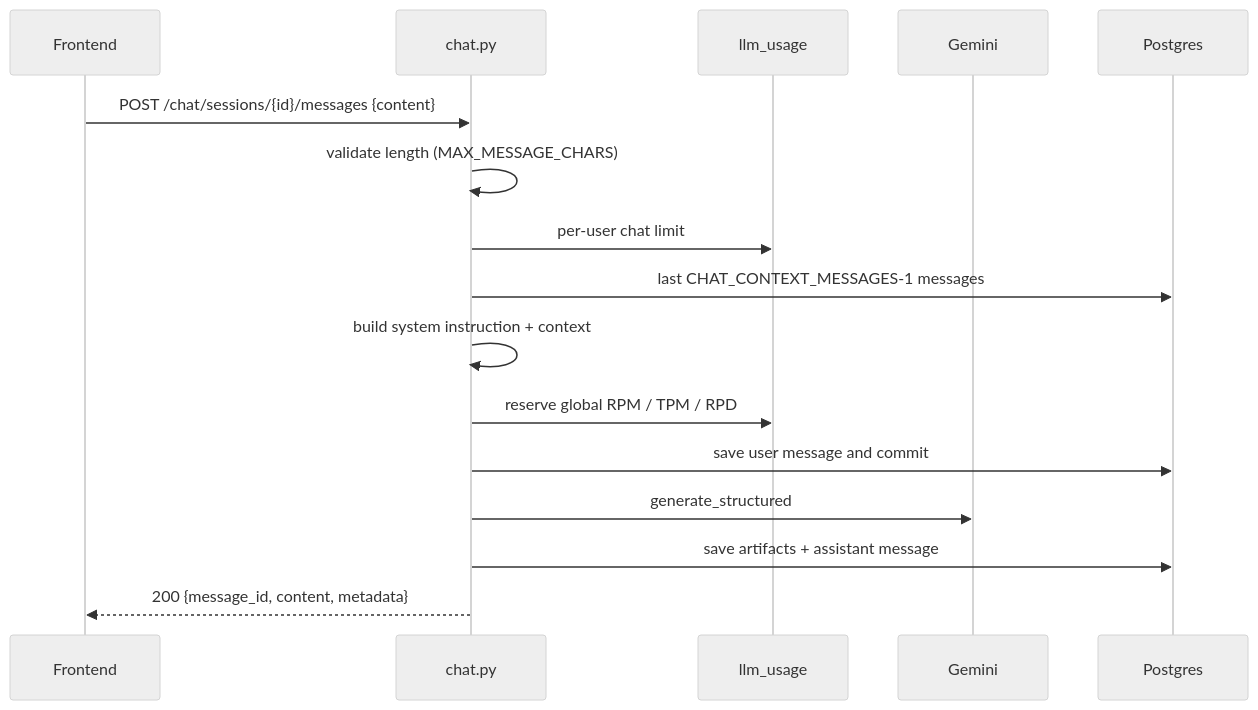
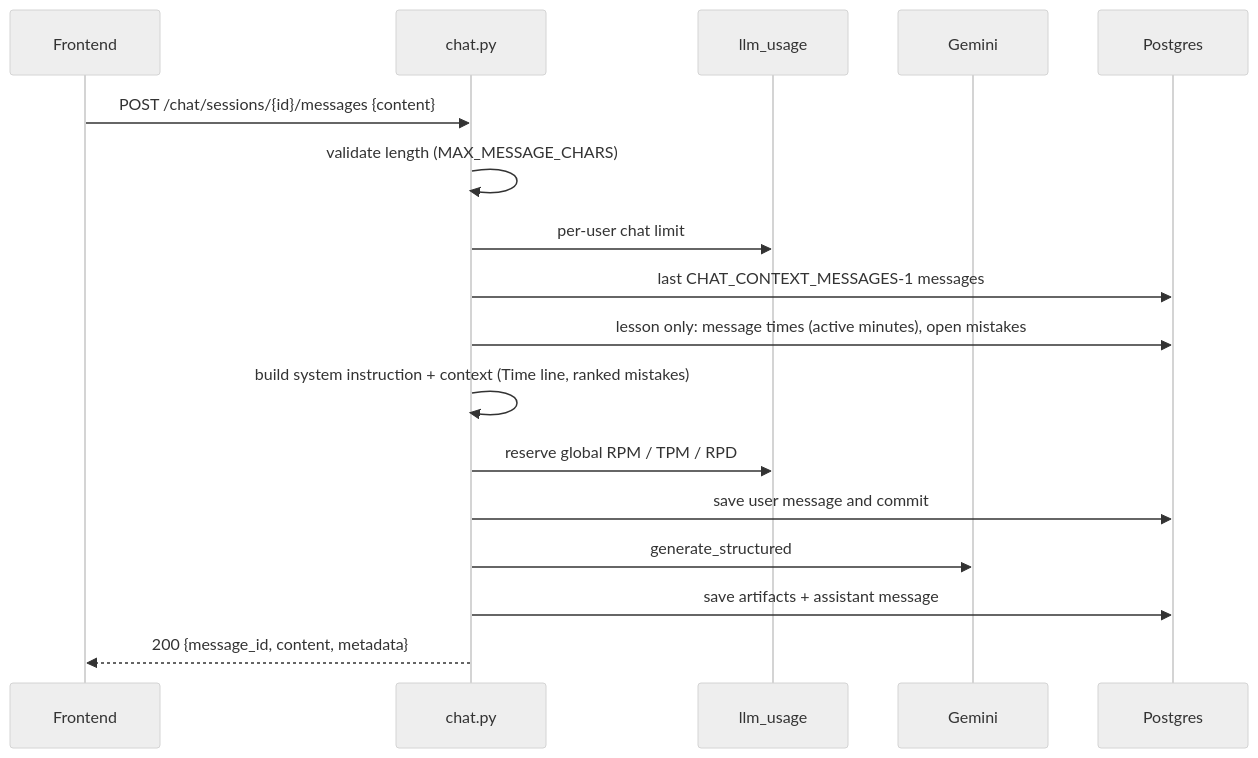
Before and after one commit to paulpolz/lingua-coach: the second of 4 diagrams in docs/tech_requirements/backend.md, drawn with Mermaid (neutral theme). The commit also changed other lines of this file and 46 other files, not shown here.

First line of the commit message:
Time-box lessons to the learner's lesson length and slim the skills

````diff
--- a/docs/tech_requirements/backend.md
+++ b/docs/tech_requirements/backend.md
@@ -83,18 +86,19 @@
 ```mermaid
 sequenceDiagram
   participant F as Frontend
   participant A as chat.py
   participant L as llm_usage
   participant G as Gemini
   participant D as Postgres
   F->>A: POST /chat/sessions/{id}/messages {content}
   A->>A: validate length (MAX_MESSAGE_CHARS)
   A->>L: per-user chat limit
   A->>D: last CHAT_CONTEXT_MESSAGES-1 messages
-  A->>A: build system instruction + context
+  A->>D: lesson only: message times (active minutes), open mistakes
+  A->>A: build system instruction + context (Time line, ranked mistakes)
   A->>L: reserve global RPM / TPM / RPD
   A->>D: save user message and commit
   A->>G: generate_structured
   A->>D: save artifacts + assistant message
   A-->>F: 200 {message_id, content, metadata}
 ```
````
